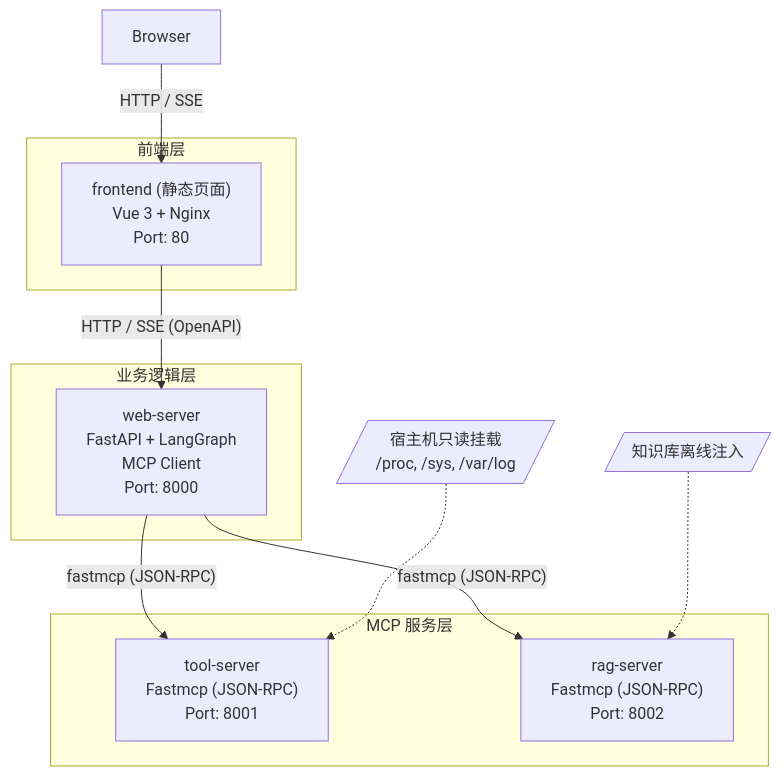
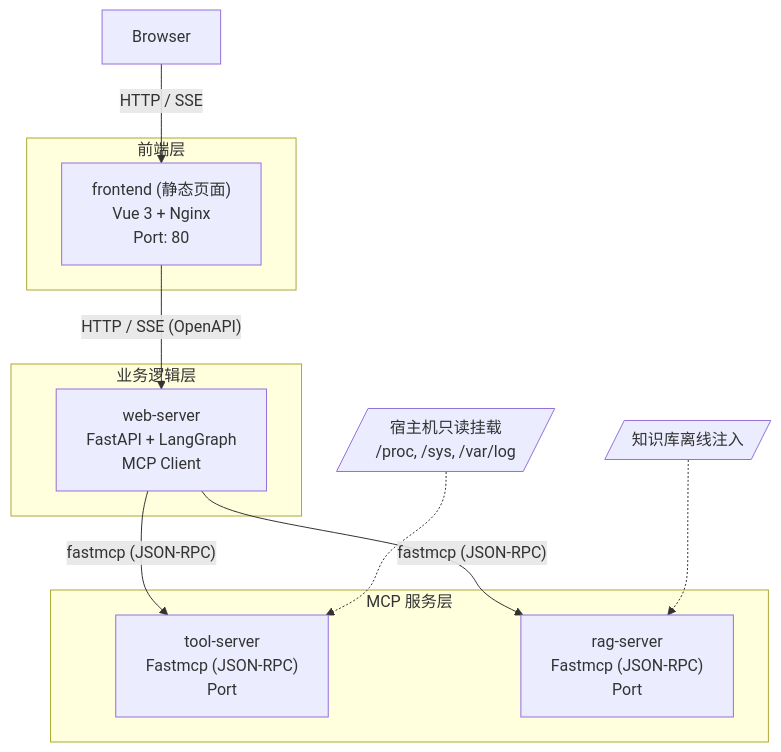
One commit to nazzeDe/alascup-agent changed the diagram in doc/概要设计.md. Above: the diagram before and after it, drawn with Mermaid. The commit also changed 9 other files, not shown here.

````diff
--- a/doc/概要设计.md
+++ b/doc/概要设计.md
@@ -12,32 +12,32 @@
 ```mermaid
 graph TD
     %% 节点定义
     B[Browser]:::browser
     
     subgraph Client_Side [前端层]
         F["frontend (静态页面)<br/>Vue 3 + Nginx<br/>Port: 80"]:::frontend
     end
 
     subgraph Logic_Layer [业务逻辑层]
-        W["web-server<br/>FastAPI + LangGraph<br/>MCP Client<br/>Port: 8000"]:::webserver
+        W["web-server<br/>FastAPI + LangGraph<br/>MCP Client"]:::webserver
     end
 
     subgraph MCP_Layer [MCP 服务层]
-        TS["tool-server<br/>Fastmcp (JSON-RPC)<br/>Port: 8001"]:::mcpserver
-        RS["rag-server<br/>Fastmcp (JSON-RPC)<br/>Port: 8002"]:::mcpserver
+        TS["tool-server<br/>Fastmcp (JSON-RPC)<br/>Port"]:::mcpserver
+        RS["rag-server<br/>Fastmcp (JSON-RPC)<br/>Port"]:::mcpserver
     end
 
     %% 外部挂载/注入
     HostDrive[/"宿主机只读挂载<br/>/proc, /sys, /var/log"/]
     KnowledgeBase[/"知识库离线注入"/]
 
     %% 连接关系
     B -- "HTTP / SSE" --> F
     F -- "HTTP / SSE (OpenAPI)" --> W
     
     W -- "fastmcp (JSON-RPC)" --> TS
     W -- "fastmcp (JSON-RPC)" --> RS
 
     HostDrive -.-> TS
     KnowledgeBase -.-> RS
 ```
````
